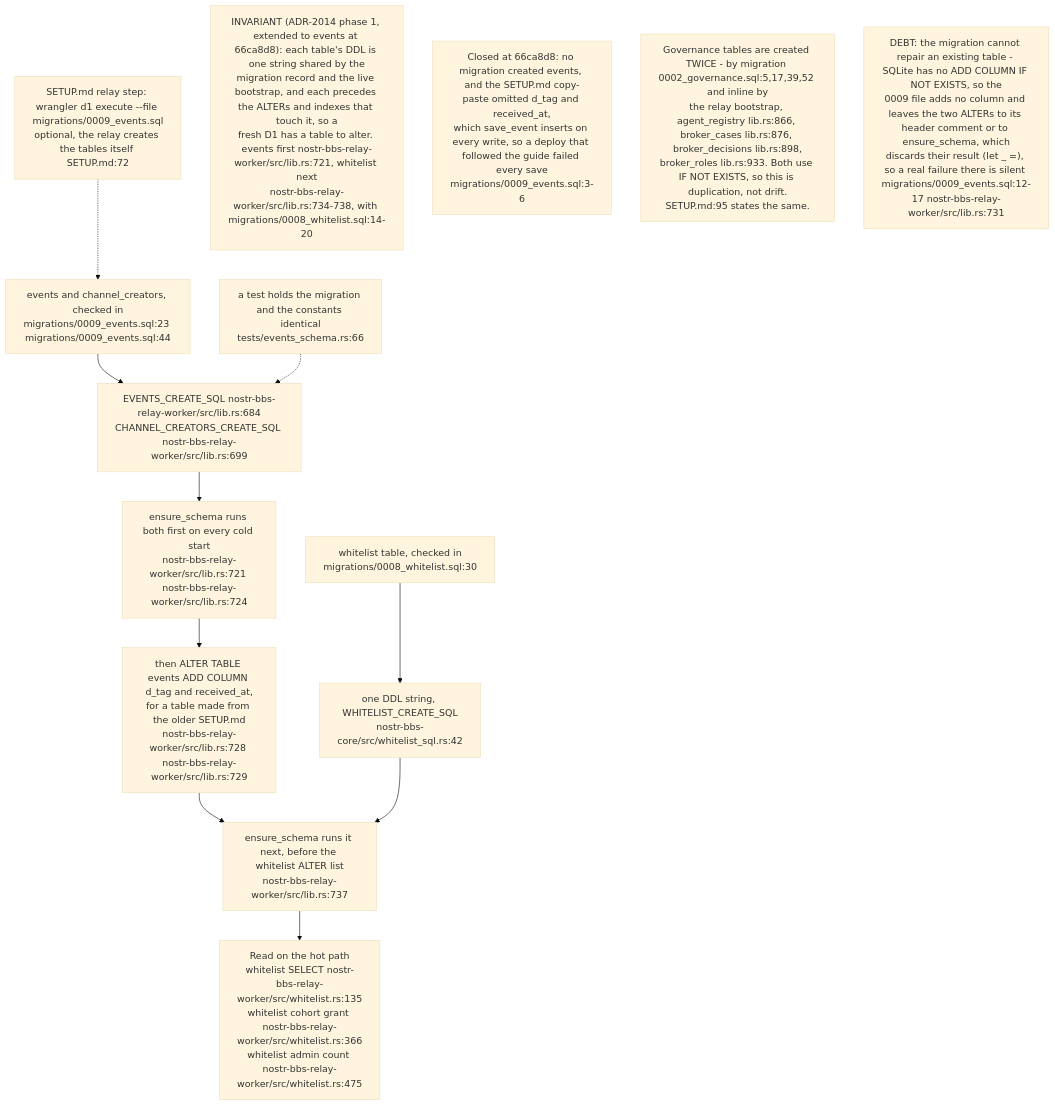
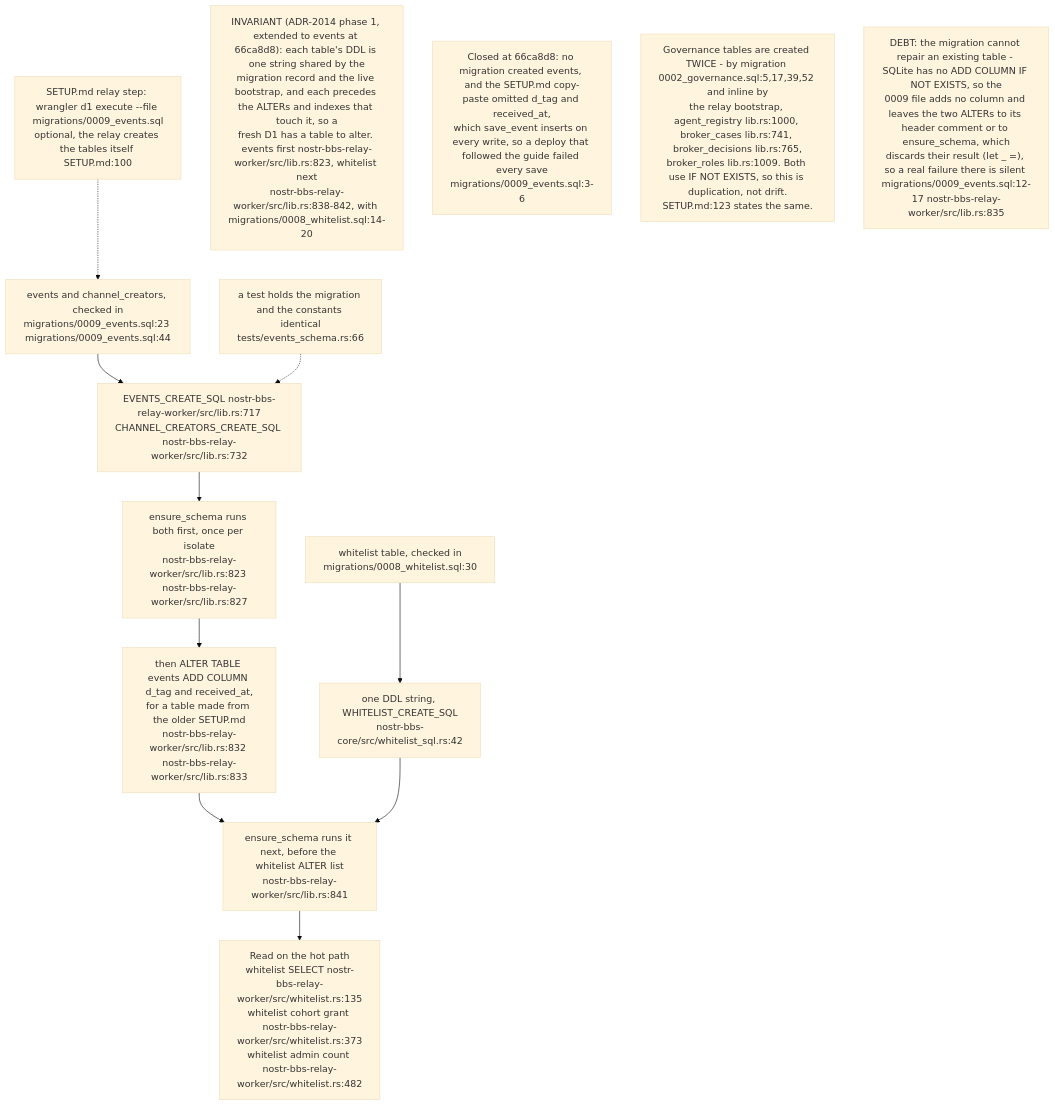
One commit to DreamLab-AI/VisionFlow changed the sixth of 9 diagrams in docs/diagrams/nostr-rust-forum/08-config-zones-stores-and-admin-authority.md. Above: the diagram before and after it, drawn with Mermaid (base theme). The commit also changed other lines of this file and 160 other files, not shown here.

````diff
--- a/docs/diagrams/nostr-rust-forum/08-config-zones-stores-and-admin-authority.md
+++ b/docs/diagrams/nostr-rust-forum/08-config-zones-stores-and-admin-authority.md
@@ -193,26 +198,26 @@
 ```mermaid
 flowchart TB
-    SETUP["SETUP.md relay step: wrangler d1 execute --file migrations/0009_events.sql<br/>optional, the relay creates the tables itself SETUP.md:72"]
+    SETUP["SETUP.md relay step: wrangler d1 execute --file migrations/0009_events.sql<br/>optional, the relay creates the tables itself SETUP.md:100"]
     MIGE["events and channel_creators, checked in<br/>migrations/0009_events.sql:23 migrations/0009_events.sql:44"]
-    CONSTE["EVENTS_CREATE_SQL nostr-bbs-relay-worker/src/lib.rs:684<br/>CHANNEL_CREATORS_CREATE_SQL nostr-bbs-relay-worker/src/lib.rs:699"]
+    CONSTE["EVENTS_CREATE_SQL nostr-bbs-relay-worker/src/lib.rs:717<br/>CHANNEL_CREATORS_CREATE_SQL nostr-bbs-relay-worker/src/lib.rs:732"]
     TEST["a test holds the migration and the constants identical<br/>tests/events_schema.rs:66"]
-    ENSE["ensure_schema runs both first on every cold start<br/>nostr-bbs-relay-worker/src/lib.rs:721 nostr-bbs-relay-worker/src/lib.rs:724"]
-    ALT["then ALTER TABLE events ADD COLUMN d_tag and received_at,<br/>for a table made from the older SETUP.md<br/>nostr-bbs-relay-worker/src/lib.rs:728 nostr-bbs-relay-worker/src/lib.rs:729"]
+    ENSE["ensure_schema runs both first, once per isolate<br/>nostr-bbs-relay-worker/src/lib.rs:823 nostr-bbs-relay-worker/src/lib.rs:827"]
+    ALT["then ALTER TABLE events ADD COLUMN d_tag and received_at,<br/>for a table made from the older SETUP.md<br/>nostr-bbs-relay-worker/src/lib.rs:832 nostr-bbs-relay-worker/src/lib.rs:833"]
     MIG["whitelist table, checked in<br/>migrations/0008_whitelist.sql:30"]
     CORE["one DDL string, WHITELIST_CREATE_SQL<br/>nostr-bbs-core/src/whitelist_sql.rs:42"]
-    ENS["ensure_schema runs it next, before the whitelist ALTER list<br/>nostr-bbs-relay-worker/src/lib.rs:737"]
-    READERS["Read on the hot path<br/>whitelist SELECT nostr-bbs-relay-worker/src/whitelist.rs:135<br/>whitelist cohort grant nostr-bbs-relay-worker/src/whitelist.rs:366<br/>whitelist admin count nostr-bbs-relay-worker/src/whitelist.rs:475"]
+    ENS["ensure_schema runs it next, before the whitelist ALTER list<br/>nostr-bbs-relay-worker/src/lib.rs:841"]
+    READERS["Read on the hot path<br/>whitelist SELECT nostr-bbs-relay-worker/src/whitelist.rs:135<br/>whitelist cohort grant nostr-bbs-relay-worker/src/whitelist.rs:373<br/>whitelist admin count nostr-bbs-relay-worker/src/whitelist.rs:482"]
 
     SETUP -.-> MIGE
     MIGE --> CONSTE
     TEST -.-> CONSTE
     CONSTE --> ENSE --> ALT --> ENS
     MIG --> CORE
     CORE --> ENS
     ENS --> READERS
 
-    N1["INVARIANT (ADR-2014 phase 1, extended to events at 66ca8d8): each table's DDL is one string shared by the<br/>migration record and the live bootstrap, and each precedes the ALTERs and indexes that touch it, so a<br/>fresh D1 has a table to alter. events first nostr-bbs-relay-worker/src/lib.rs:721, whitelist next<br/>nostr-bbs-relay-worker/src/lib.rs:734-738, with migrations/0008_whitelist.sql:14-20"]
+    N1["INVARIANT (ADR-2014 phase 1, extended to events at 66ca8d8): each table's DDL is one string shared by the<br/>migration record and the live bootstrap, and each precedes the ALTERs and indexes that touch it, so a<br/>fresh D1 has a table to alter. events first nostr-bbs-relay-worker/src/lib.rs:823, whitelist next<br/>nostr-bbs-relay-worker/src/lib.rs:838-842, with migrations/0008_whitelist.sql:14-20"]
     N2["Closed at 66ca8d8: no migration created events, and the SETUP.md copy-paste omitted d_tag and received_at,<br/>which save_event inserts on every write, so a deploy that followed the guide failed every save<br/>migrations/0009_events.sql:3-6"]
-    N3["Governance tables are created TWICE - by migration 0002_governance.sql:5,17,39,52 and inline by<br/>the relay bootstrap, agent_registry lib.rs:866, broker_cases lib.rs:876, broker_decisions lib.rs:898,<br/>broker_roles lib.rs:933. Both use IF NOT EXISTS, so this is duplication, not drift.<br/>SETUP.md:95 states the same."]
-    N4["DEBT: the migration cannot repair an existing table - SQLite has no ADD COLUMN IF NOT EXISTS, so the<br/>0009 file adds no column and leaves the two ALTERs to its header comment or to ensure_schema, which<br/>discards their result (let _ =), so a real failure there is silent migrations/0009_events.sql:12-17 nostr-bbs-relay-worker/src/lib.rs:731"]
+    N3["Governance tables are created TWICE - by migration 0002_governance.sql:5,17,39,52 and inline by<br/>the relay bootstrap, agent_registry lib.rs:1000, broker_cases lib.rs:741, broker_decisions lib.rs:765,<br/>broker_roles lib.rs:1009. Both use IF NOT EXISTS, so this is duplication, not drift.<br/>SETUP.md:123 states the same."]
+    N4["DEBT: the migration cannot repair an existing table - SQLite has no ADD COLUMN IF NOT EXISTS, so the<br/>0009 file adds no column and leaves the two ALTERs to its header comment or to ensure_schema, which<br/>discards their result (let _ =), so a real failure there is silent migrations/0009_events.sql:12-17 nostr-bbs-relay-worker/src/lib.rs:835"]
 ```
````
